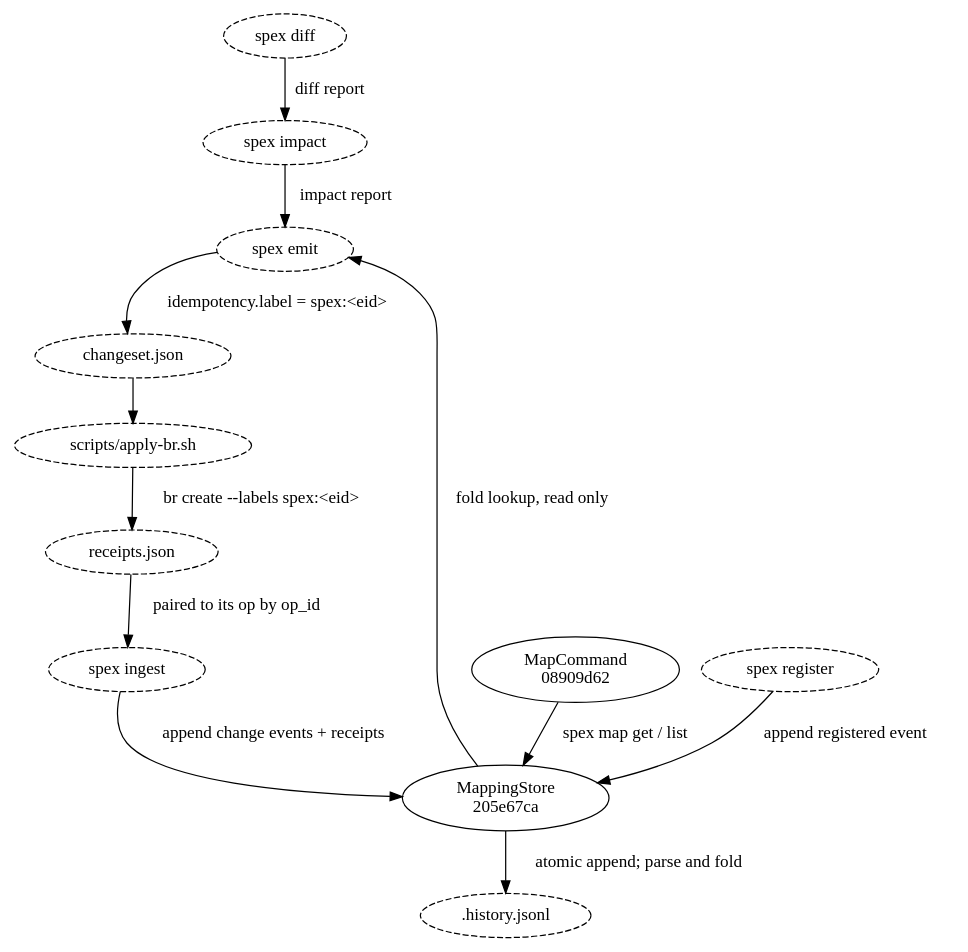
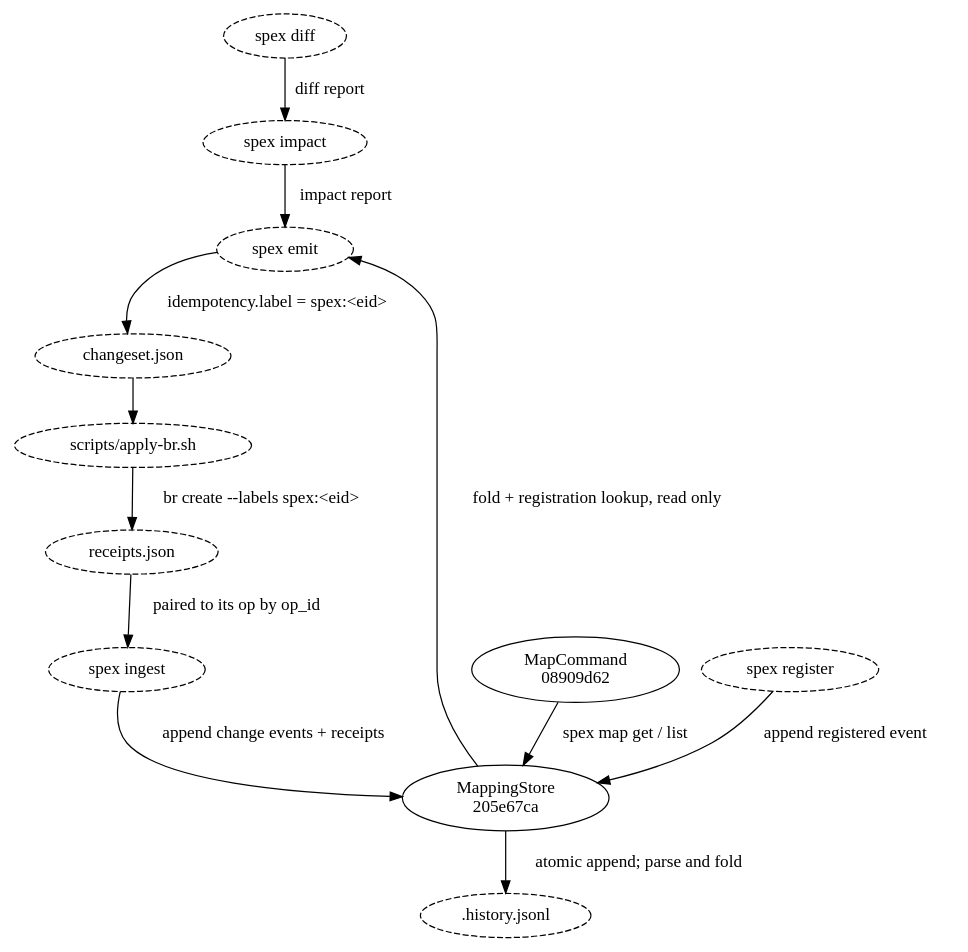
One commit to dmitriyb/spexmachina changed the diagram in spec/map/flow_bead_mapping.md. Above: the diagram before and after it, drawn with Graphviz. The commit also changed other lines of this file and 13 other files, not shown here.

````diff
--- a/spec/map/flow_bead_mapping.md
+++ b/spec/map/flow_bead_mapping.md
@@ -13,28 +13,28 @@
 ```dot
 digraph bead_mapping {
     "spex diff"           [style=dashed];
     "spex impact"         [style=dashed];
     "spex emit"           [style=dashed];
     "changeset.json"      [style=dashed];
     "scripts/apply-br.sh" [style=dashed];
     "receipts.json"       [style=dashed];
     "spex ingest"         [style=dashed];
     ".history.jsonl"      [style=dashed];
     "205e67ca4aad"        [label="MappingStore\n205e67ca"];
     "08909d62930b"        [label="MapCommand\n08909d62"];
 
     "spex register"       [style=dashed];
 
     "spex register"       -> "205e67ca4aad"        [label="append registered event"];
     "spex diff"           -> "spex impact"         [label="diff report"];
     "spex impact"         -> "spex emit"           [label="impact report"];
-    "205e67ca4aad"        -> "spex emit"           [label="fold lookup, read only"];
+    "205e67ca4aad"        -> "spex emit"           [label="fold + registration lookup, read only"];
     "spex emit"           -> "changeset.json"      [label="idempotency.label = spex:<eid>"];
     "changeset.json"      -> "scripts/apply-br.sh";
     "scripts/apply-br.sh" -> "receipts.json"       [label="br create --labels spex:<eid>"];
     "receipts.json"       -> "spex ingest"         [label="paired to its op by op_id"];
     "spex ingest"         -> "205e67ca4aad"        [label="append change events + receipts"];
     "205e67ca4aad"        -> ".history.jsonl"      [label="atomic append; parse and fold"];
     "08909d62930b"        -> "205e67ca4aad"        [label="spex map get / list"];
 }
 ```
````
